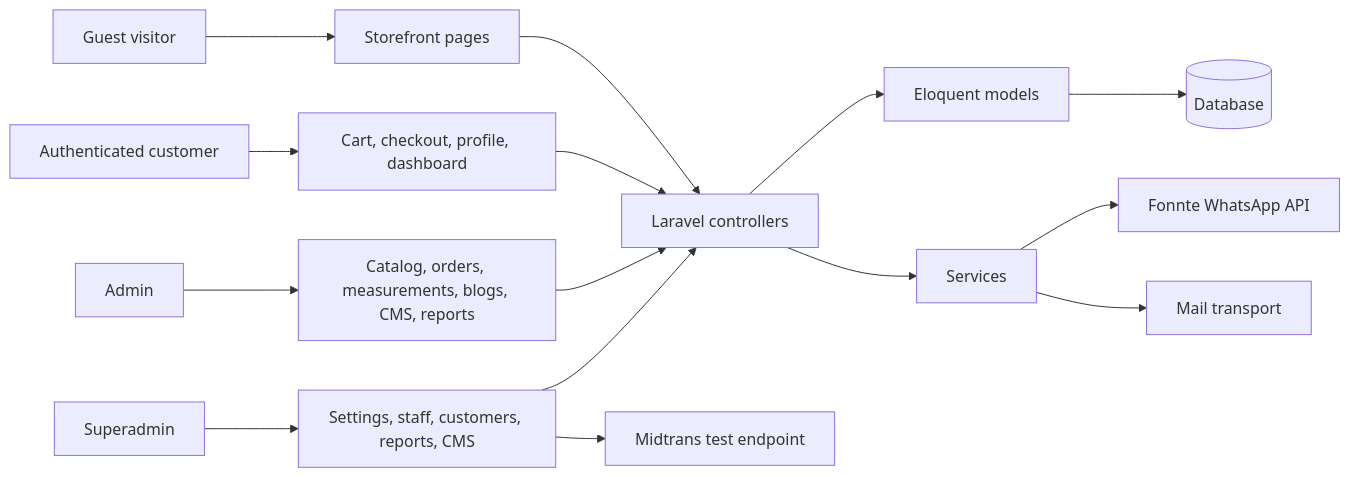
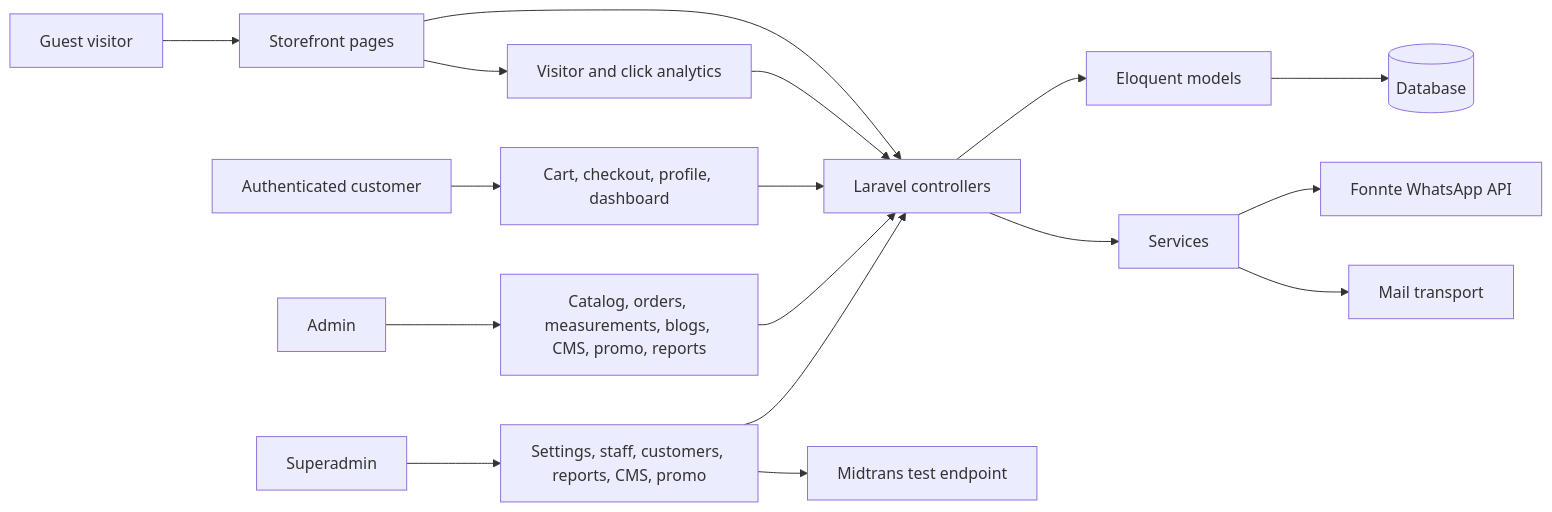
Before and after one commit to mohammadradja/jahitan-nenek: the first of 3 diagrams in docs/DIAGRAMS/SYSTEM-OVERVIEW.MD, drawn with Mermaid. The commit also changed other lines of this file and 12 other files, not shown here.

Commit message:
docs: sync analytics promo and CMS updates

````diff
--- a/docs/DIAGRAMS/SYSTEM-OVERVIEW.MD
+++ b/docs/DIAGRAMS/SYSTEM-OVERVIEW.MD
@@ -5,19 +5,21 @@
 ```mermaid
 flowchart LR
     Visitor[Guest visitor] --> Storefront[Storefront pages]
+    Storefront --> Analytics[Visitor and click analytics]
     Customer[Authenticated customer] --> CustomerArea[Cart, checkout, profile, dashboard]
-    Admin[Admin] --> AdminArea[Catalog, orders, measurements, blogs, CMS, reports]
-    Superadmin[Superadmin] --> SuperArea[Settings, staff, customers, reports, CMS]
+    Admin[Admin] --> AdminArea[Catalog, orders, measurements, blogs, CMS, promo, reports]
+    Superadmin[Superadmin] --> SuperArea[Settings, staff, customers, reports, CMS, promo]
 
     Storefront --> Controllers[Laravel controllers]
+    Analytics --> Controllers
     CustomerArea --> Controllers
     AdminArea --> Controllers
     SuperArea --> Controllers
 
     Controllers --> Eloquent[Eloquent models]
     Controllers --> Services[Services]
     Eloquent --> DB[(Database)]
     Services --> WhatsApp[Fonnte WhatsApp API]
     Services --> Mail[Mail transport]
     SuperArea --> Midtrans[Midtrans test endpoint]
 ```
````
